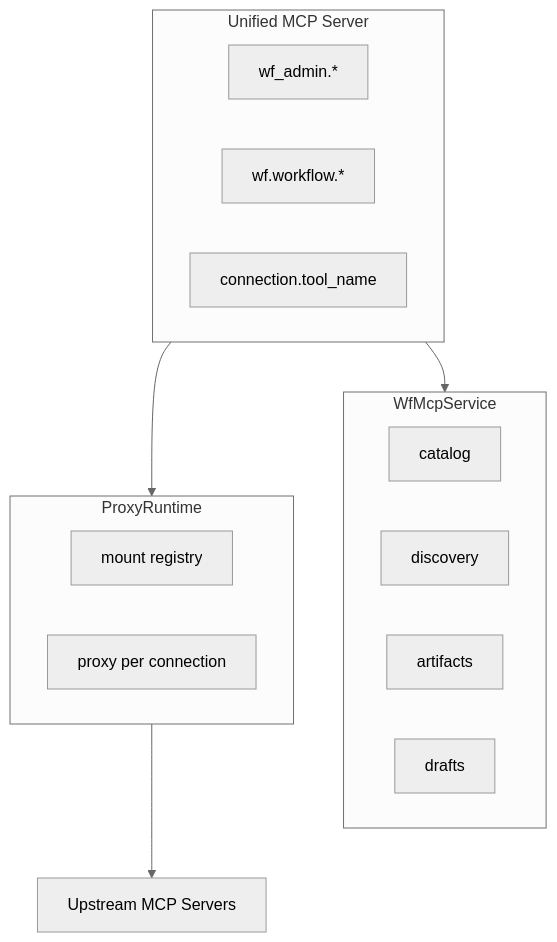
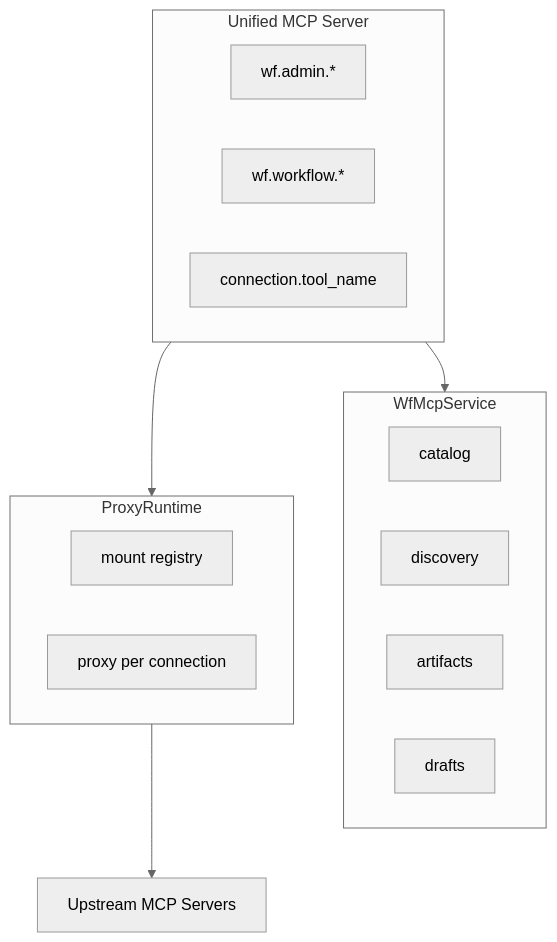
Diagram 13 of 16 in docs/add/architecture.md (ldlda/wf), drawn with Mermaid (neutral theme) before and after one commit. The commit also changed other lines of this file and 4 other files, not shown here.

````diff
--- a/docs/add/architecture.md
+++ b/docs/add/architecture.md
@@ -422,21 +422,21 @@
 ```mermaid
 flowchart TB
     subgraph Server["Unified MCP Server"]
-        Admin["wf_admin.*"]
+        Admin["wf.admin.*"]
         Wf["wf.workflow.*"]
         Proxy["connection.tool_name"]
     end
     subgraph Broker["WfMcpService"]
         Cat["catalog"]
         Disc["discovery"]
         Art["artifacts"]
         Drf["drafts"]
     end
     subgraph ProxyLayer["ProxyRuntime"]
         Mount["mount registry"]
         FMP["proxy per connection"]
     end
     Server --> Broker
     Server --> ProxyLayer
     ProxyLayer --> Upstream["Upstream MCP Servers"]
 ```
````
